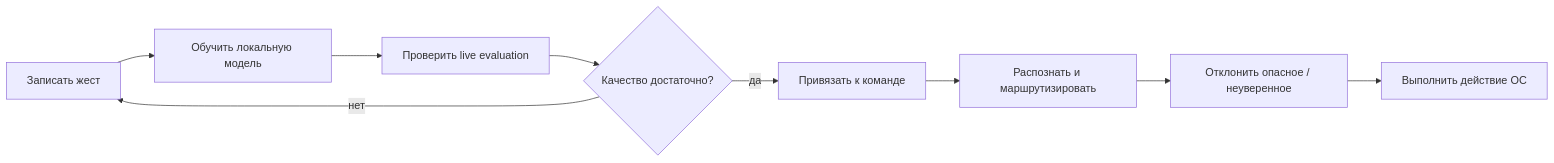
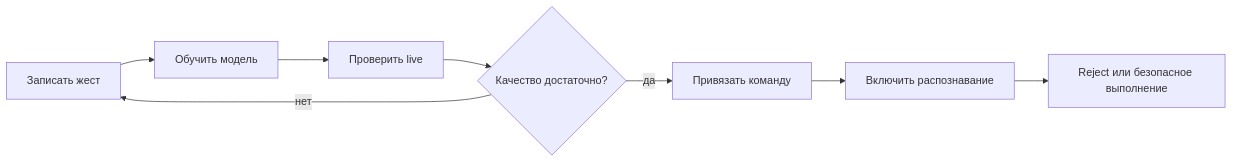
Before and after one commit to Rafaildavar/DPLM: the diagram in README.md, drawn with Mermaid. The commit also changed other lines of this file and 23 other files, not shown here.

````diff
--- a/README.md
+++ b/README.md
@@ -78,11 +33,10 @@
 ```mermaid
 flowchart LR
-    A["Записать жест"] --> B["Обучить локальную модель"]
-    B --> C["Проверить live evaluation"]
+    A["Записать жест"] --> B["Обучить модель"]
+    B --> C["Проверить live"]
     C --> D{"Качество достаточно?"}
     D -- "нет" --> A
-    D -- "да" --> E["Привязать к команде"]
-    E --> F["Распознать и маршрутизировать"]
-    F --> G["Отклонить опасное / неуверенное"]
-    G --> H["Выполнить действие ОС"]
+    D -- "да" --> E["Привязать команду"]
+    E --> F["Включить распознавание"]
+    F --> G["Reject или безопасное выполнение"]
 ```
````
